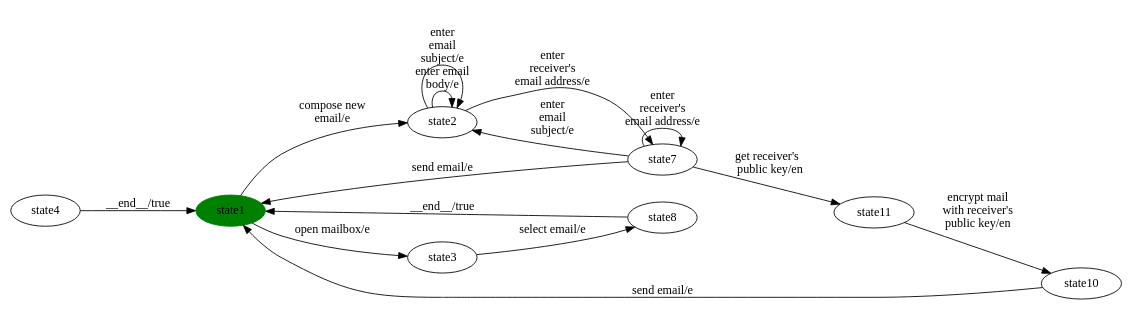
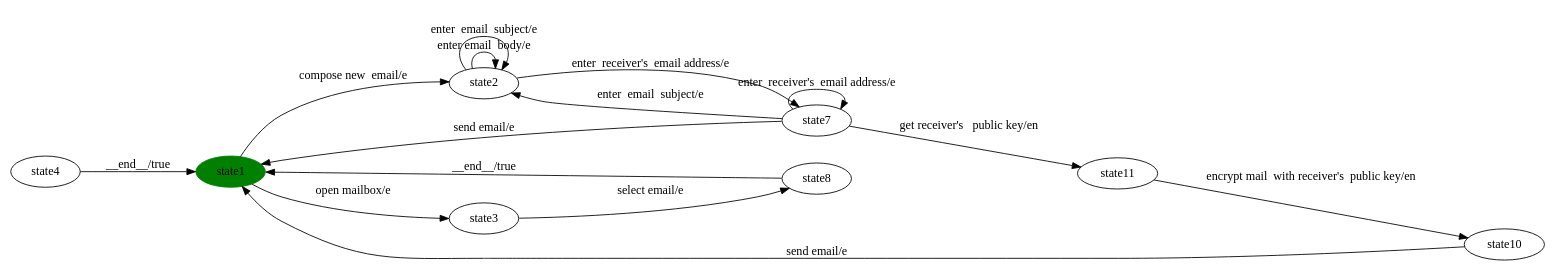
One commit to dilekozturk93/vibes changed the diagram in milestone-reports/full-pipeline-walkthrough/eMail/eMail-step2-projected.dot. Above: the diagram before and after it, drawn with Graphviz. The commit also changed 36 other files, not shown here.

```diff
--- a/milestone-reports/full-pipeline-walkthrough/eMail/eMail-step2-projected.dot
+++ b/milestone-reports/full-pipeline-walkthrough/eMail/eMail-step2-projected.dot
@@ -1,38 +1,25 @@
 digraph G {
 rankdir=LR;
 state0[ label = "state1", style=filled, color=green ];
 state1 [ label = "state8" ];
+state2 [ label = "state11" ];
+state3 [ label = "state10" ];
+state4 [ label = "state7" ];
+state5 [ label = "state2" ];
+state6 [ label = "state4" ];
+state7 [ label = "state3" ];
+state4 -> state0 [ label=" send email/e " ];
+state4 -> state2 [ label=" get receiver's   public key/en " ];
+state2 -> state3 [ label=" encrypt mail  with receiver's  public key/en " ];
+state7 -> state1 [ label=" select email/e " ];
+state5 -> state4 [ label=" enter  receiver's  email address/e " ];
+state4 -> state5 [ label=" enter  email  subject/e " ];
+state6 -> state0 [ label=" __end__/true " ];
 state1 -> state0 [ label=" __end__/true " ];
-state2 [ label = "state11" ];
-state2 -> state3 [ label=" encrypt mail 
-with receiver's 
-public key/en " ];
-state3 [ label = "state10" ];
+state0 -> state7 [ label=" open mailbox/e " ];
+state0 -> state5 [ label=" compose new  email/e " ];
+state5 -> state5 [ label=" enter email  body/e " ];
+state5 -> state5 [ label=" enter  email  subject/e " ];
 state3 -> state0 [ label=" send email/e " ];
-state4 [ label = "state7" ];
-state4 -> state5 [ label=" enter
- email 
-subject/e " ];
-state4 -> state0 [ label=" send email/e " ];
-state4 -> state4 [ label=" enter 
-receiver's 
-email address/e " ];
-state4 -> state2 [ label=" get receiver's  
-public key/en " ];
-state5 [ label = "state2" ];
-state5 -> state4 [ label=" enter 
-receiver's 
-email address/e " ];
-state5 -> state5 [ label=" enter email 
-body/e " ];
-state5 -> state5 [ label=" enter
- email 
-subject/e " ];
-state0 -> state5 [ label=" compose new 
-email/e " ];
-state0 -> state6 [ label=" open mailbox/e " ];
-state7 [ label = "state4" ];
-state7 -> state0 [ label=" __end__/true " ];
-state6 [ label = "state3" ];
-state6 -> state1 [ label=" select email/e " ];
+state4 -> state4 [ label=" enter  receiver's  email address/e " ];
 }
```
